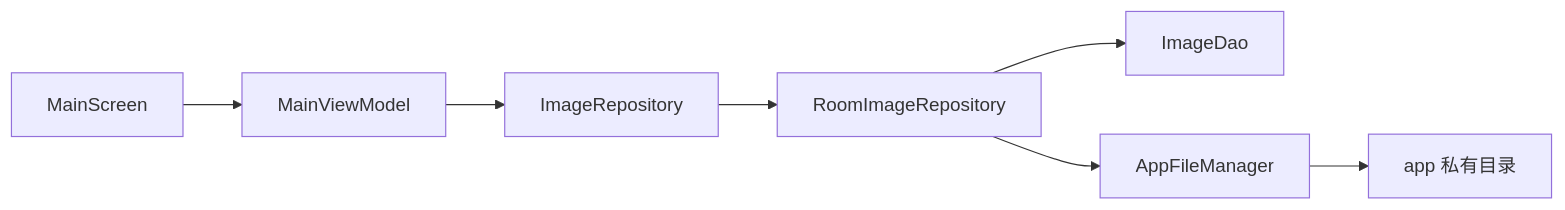
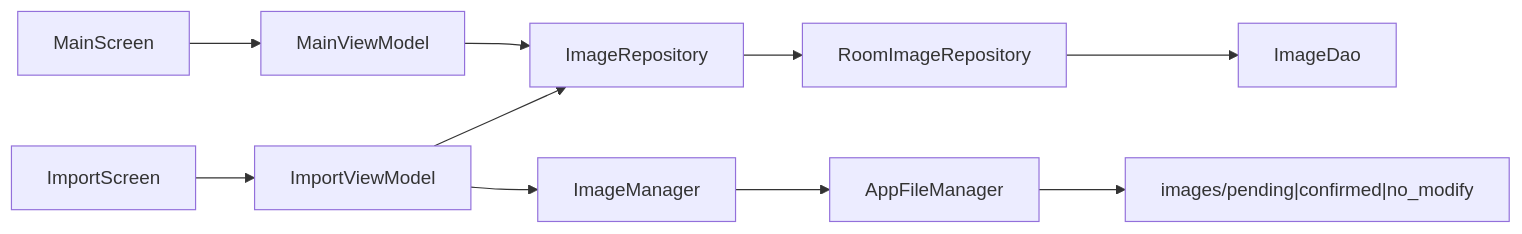
One commit to mengkj2021/picture-organizer changed the diagram in docs/架构设计.md. Above: the diagram before and after it, drawn with Mermaid. The commit also changed other lines of this file and 9 other files, not shown here.

````diff
--- a/docs/架构设计.md
+++ b/docs/架构设计.md
@@ -67,9 +47,12 @@
 ```mermaid
 flowchart LR
   MainScreen --> MainViewModel
   MainViewModel --> ImageRepository
+  ImportScreen --> ImportViewModel
+  ImportViewModel --> ImageRepository
+  ImportViewModel --> ImageManager
   ImageRepository --> RoomImageRepository
   RoomImageRepository --> ImageDao
-  RoomImageRepository --> AppFileManager
-  AppFileManager --> PrivateDir[app 私有目录]
+  ImageManager --> AppFileManager
+  AppFileManager --> PrivateDir["images/pending|confirmed|no_modify"]
 ```
````
